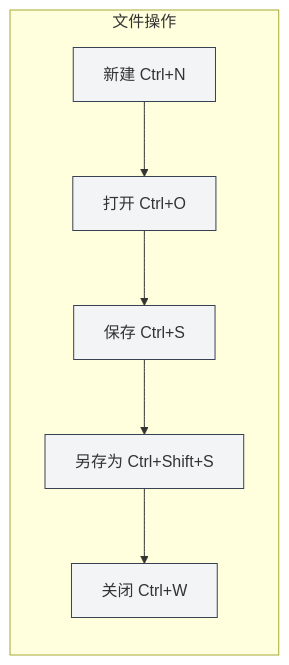
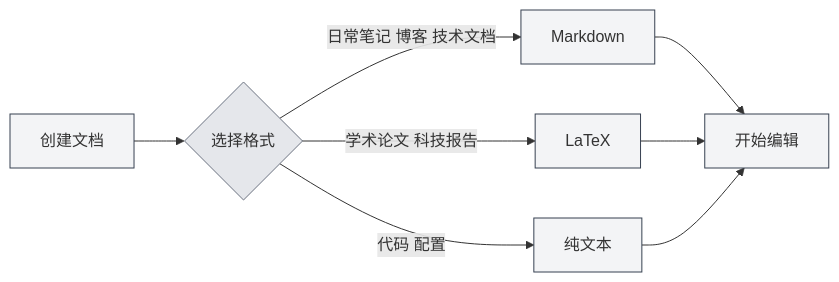
One commit to JaredYe04/MetaDoc changed the second of 3 diagrams in meta-doc/src/renderer/src/manuals/zh_CN/core/file-operations.md. Above: the diagram before and after it, drawn with Mermaid. The commit also changed other lines of this file and 11 other files, not shown here.

First line of the commit message:
docs: 完善用户手册文档，添加Demo组件和图表

````diff
--- a/meta-doc/src/renderer/src/manuals/zh_CN/core/file-operations.md
+++ b/meta-doc/src/renderer/src/manuals/zh_CN/core/file-operations.md
@@ -159,14 +76,16 @@
 ```mermaid
-flowchart LR
-    subgraph 文件操作
-        A[新建 Ctrl+N] --> B[打开 Ctrl+O]
-        B --> C[保存 Ctrl+S]
-        C --> D[另存为 Ctrl+Shift+S]
-        D --> E[关闭 Ctrl+W]
-    end
+graph LR
+    A[创建文档] --> B{选择格式}
+    B -->|日常笔记 博客 技术文档| C[Markdown]
+    B -->|学术论文 科技报告| D[LaTeX]
+    B -->|代码 配置| E[纯文本]
+    C --> F[开始编辑]
+    D --> F
+    E --> F
     style A fill:#f3f4f6,stroke:#374151
-    style B fill:#f3f4f6,stroke:#374151
+    style B fill:#e5e7eb,stroke:#6b7280
     style C fill:#f3f4f6,stroke:#374151
     style D fill:#f3f4f6,stroke:#374151
     style E fill:#f3f4f6,stroke:#374151
+    style F fill:#f3f4f6,stroke:#374151
 ```
````
